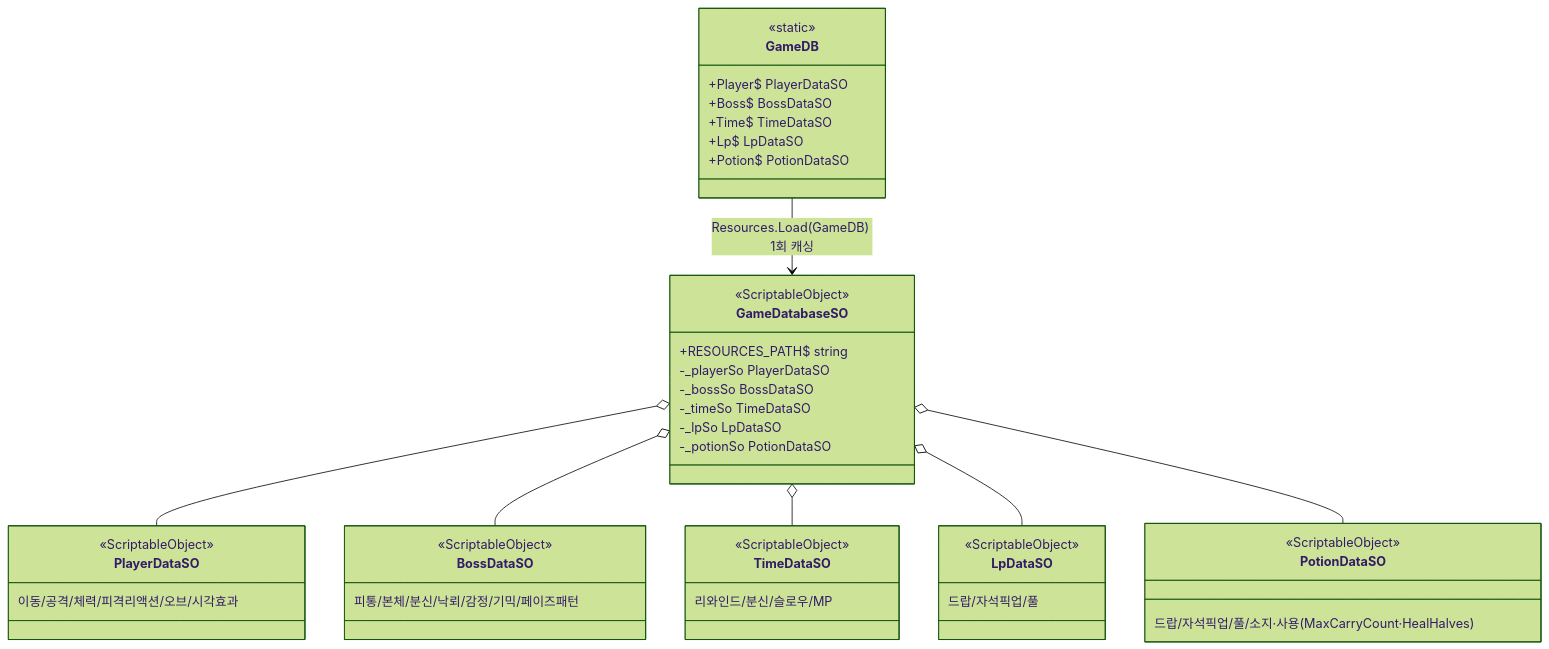
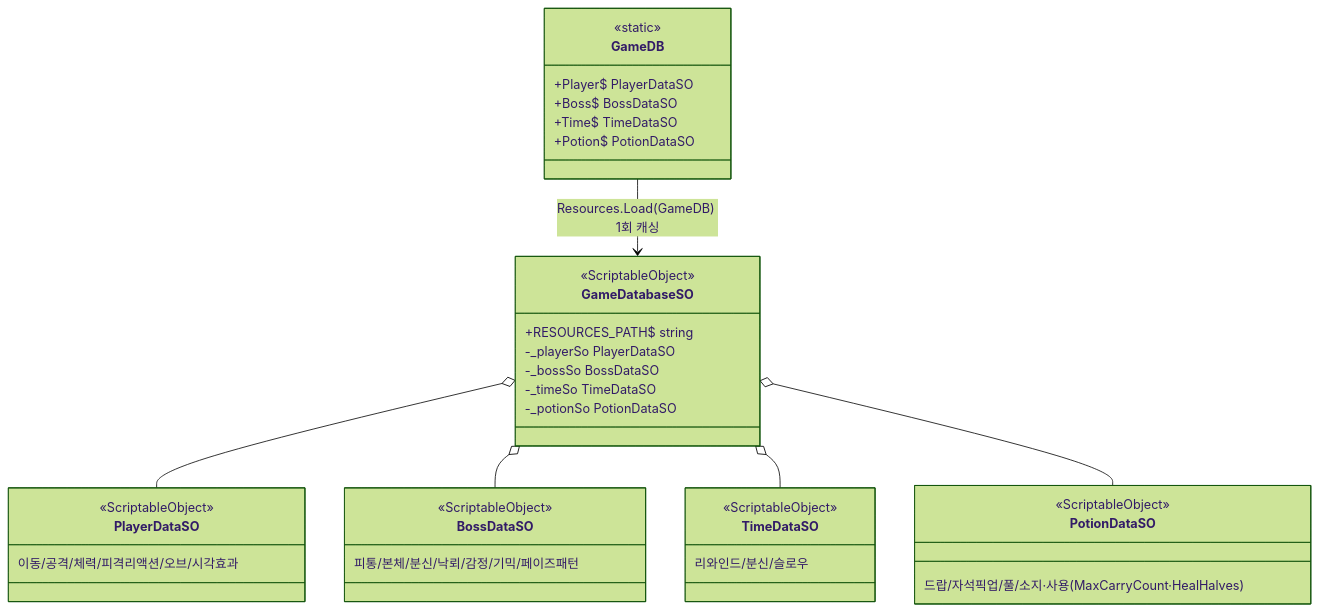
One commit to inha-2026-gamedevelop/sheepy changed the eighth of 11 diagrams in claude/UML.md. Above: the diagram before and after it, drawn with Mermaid (forest theme). The commit also changed other lines of this file and 26 other files, not shown here.

````diff
--- a/claude/UML.md
+++ b/claude/UML.md
@@ -654,47 +654,40 @@
 ```mermaid
 classDiagram
     class GameDB {
         <<static>>
         +Player$ PlayerDataSO
         +Boss$ BossDataSO
         +Time$ TimeDataSO
-        +Lp$ LpDataSO
         +Potion$ PotionDataSO
     }
     class GameDatabaseSO {
         <<ScriptableObject>>
         +RESOURCES_PATH$ string
         -_playerSo PlayerDataSO
         -_bossSo BossDataSO
         -_timeSo TimeDataSO
-        -_lpSo LpDataSO
         -_potionSo PotionDataSO
     }
     class PlayerDataSO {
         <<ScriptableObject>>
         이동/공격/체력/피격리액션/오브/시각효과
     }
     class BossDataSO {
         <<ScriptableObject>>
         피통/본체/분신/낙뢰/감정/기믹/페이즈패턴
     }
     class TimeDataSO {
         <<ScriptableObject>>
-        리와인드/분신/슬로우/MP
-    }
-    class LpDataSO {
-        <<ScriptableObject>>
-        드랍/자석픽업/풀
+        리와인드/분신/슬로우
     }
     class PotionDataSO {
         <<ScriptableObject>>
         드랍/자석픽업/풀/소지·사용(MaxCarryCount·HealHalves)
     }
 
     GameDB --> GameDatabaseSO : Resources.Load(GameDB) 1회 캐싱
     GameDatabaseSO o-- PlayerDataSO
     GameDatabaseSO o-- BossDataSO
     GameDatabaseSO o-- TimeDataSO
-    GameDatabaseSO o-- LpDataSO
     GameDatabaseSO o-- PotionDataSO
 ```
````
